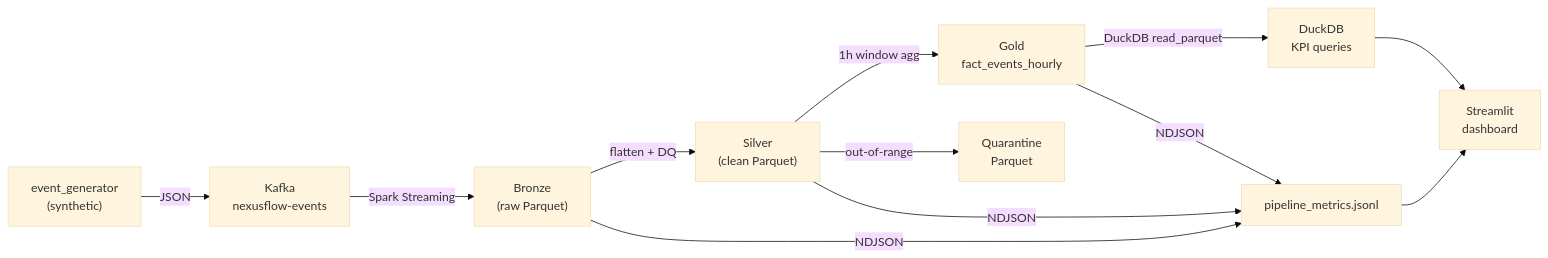
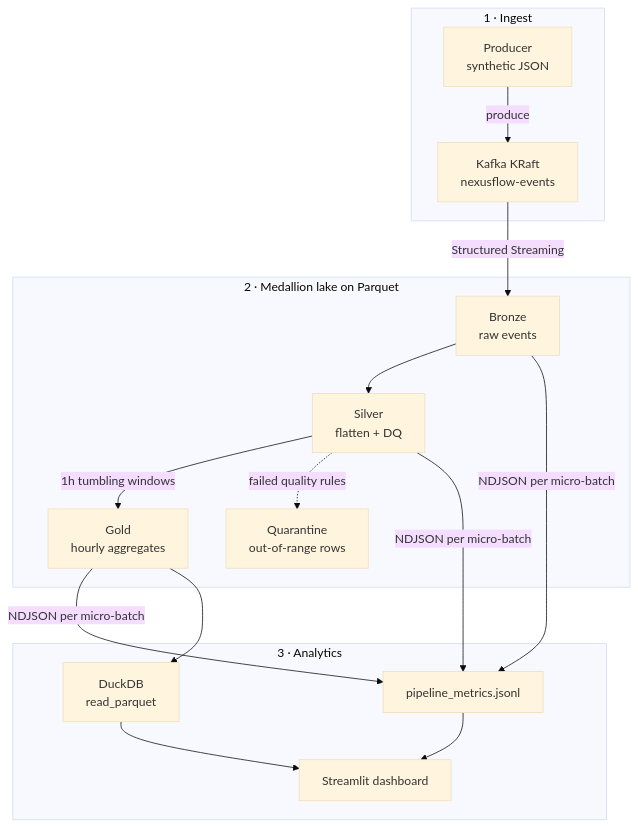
Before and after one commit to sauravpatel0512/NexusFlow-X: the diagram in README.md, drawn with Mermaid (base theme). The commit also changed other lines of this file and 2 other files, not shown here.

First line of the commit message:
Highlight architecture and real debugging stories on the README.

````diff
--- a/README.md
+++ b/README.md
@@ -20,12 +14,29 @@
 ```mermaid
-flowchart LR
-  Producer["event_generator\n(synthetic)"] -->|JSON| Kafka["Kafka\nnexusflow-events"]
-  Kafka -->|"Spark Streaming"| Bronze["Bronze\n(raw Parquet)"]
-  Bronze -->|"flatten + DQ"| Silver["Silver\n(clean Parquet)"]
-  Silver -->|"1h window agg"| Gold["Gold\nfact_events_hourly"]
-  Silver -->|"out-of-range"| Quarantine["Quarantine\nParquet"]
-  Gold -->|"DuckDB read_parquet"| DuckDB["DuckDB\nKPI queries"]
-  DuckDB --> Dashboard["Streamlit\ndashboard"]
-  Bronze & Silver & Gold -->|"NDJSON"| Metrics["pipeline_metrics.jsonl"]
-  Metrics --> Dashboard
+flowchart TB
+  subgraph ingest["1 · Ingest"]
+    Producer["Producer<br/>synthetic JSON"]
+    Kafka["Kafka KRaft<br/>nexusflow-events"]
+    Producer -->|produce| Kafka
+  end
+
+  subgraph lake["2 · Medallion lake on Parquet"]
+    Bronze["Bronze<br/>raw events"]
+    Silver["Silver<br/>flatten + DQ"]
+    Gold["Gold<br/>hourly aggregates"]
+    Quarantine["Quarantine<br/>out-of-range rows"]
+    Kafka -->|"Structured Streaming"| Bronze
+    Bronze --> Silver
+    Silver -->|"1h tumbling windows"| Gold
+    Silver -.->|"failed quality rules"| Quarantine
+  end
+
+  subgraph serve["3 · Analytics"]
+    Metrics["pipeline_metrics.jsonl"]
+    DuckDB["DuckDB<br/>read_parquet"]
+    Dashboard["Streamlit dashboard"]
+    Bronze & Silver & Gold -->|NDJSON per micro-batch| Metrics
+    Gold --> DuckDB
+    DuckDB --> Dashboard
+    Metrics --> Dashboard
+  end
 ```
````
